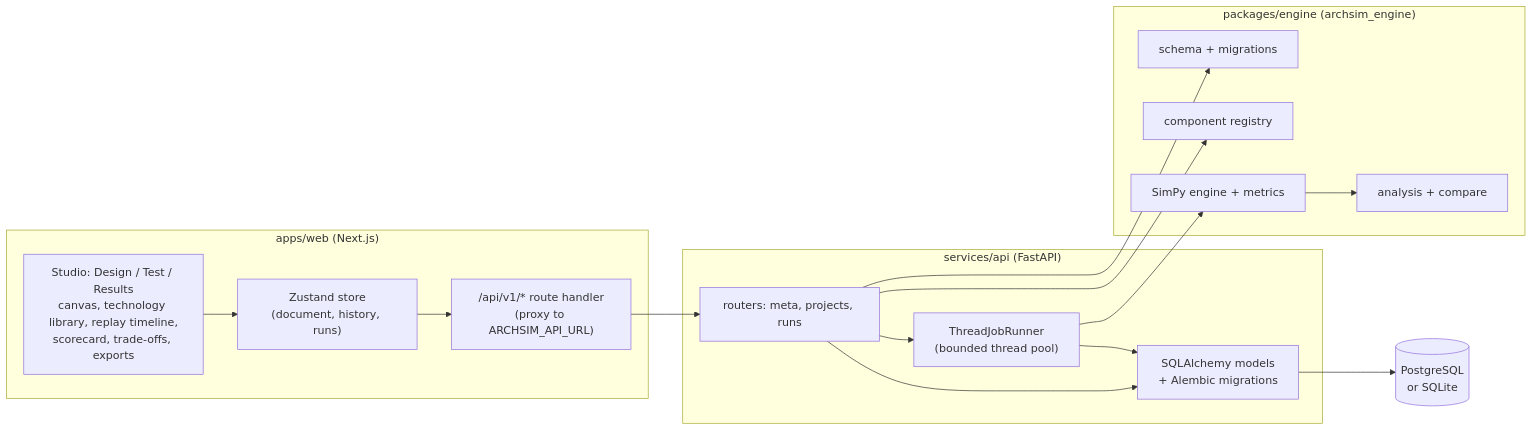
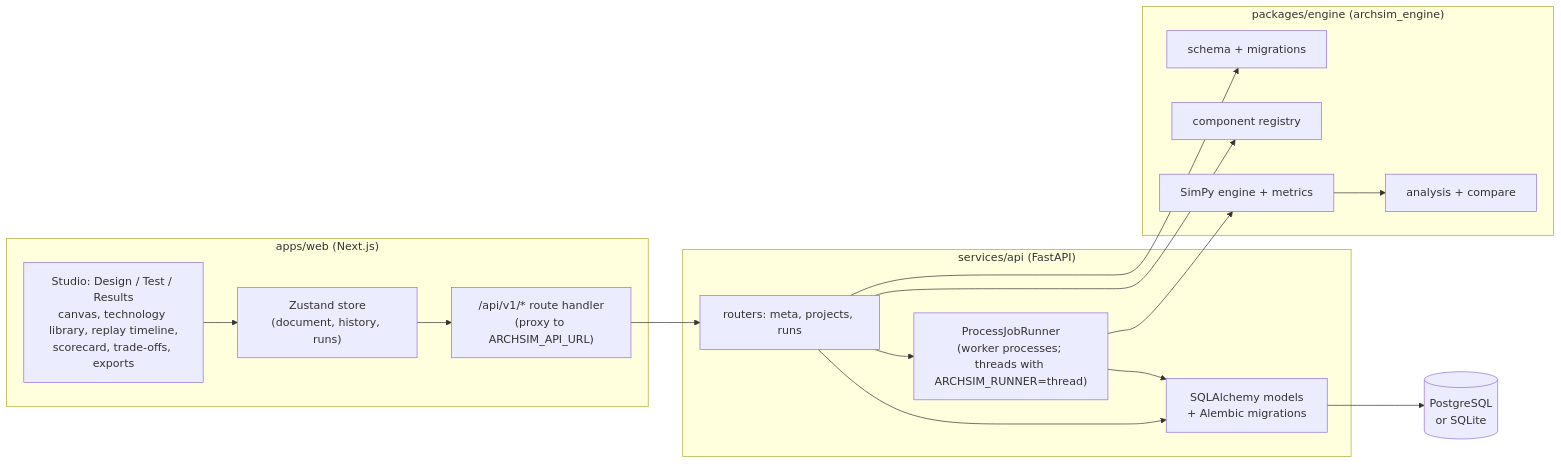
The first of 2 diagrams in docs/architecture.md (dante0747/archsim), drawn with Mermaid before and after one commit. The commit also changed other lines of this file and 28 other files, not shown here.

First line of the commit message:
feat(engine): run in worker processes with parallel sweeps and a sampled mode (phase 8)

````diff
--- a/docs/architecture.md
+++ b/docs/architecture.md
@@ -6,27 +6,27 @@
 ```mermaid
 flowchart LR
   subgraph web["apps/web (Next.js)"]
     UI["Studio: Design / Test / Results<br/>canvas, technology library, replay timeline,<br/>scorecard, trade-offs, exports"]
     Store["Zustand store<br/>(document, history, runs)"]
     Proxy["/api/v1/* route handler<br/>(proxy to ARCHSIM_API_URL)"]
   end
   subgraph api["services/api (FastAPI)"]
     Routers["routers: meta, projects, runs"]
-    Jobs["ThreadJobRunner<br/>(bounded thread pool)"]
+    Jobs["ProcessJobRunner<br/>(worker processes; threads with ARCHSIM_RUNNER=thread)"]
     ORM["SQLAlchemy models<br/>+ Alembic migrations"]
   end
   subgraph engine["packages/engine (archsim_engine)"]
     Schema["schema + migrations"]
     Registry["component registry"]
     Sim["SimPy engine + metrics"]
     Analysis["analysis + compare"]
   end
   DB[("PostgreSQL<br/>or SQLite")]
   UI --> Store --> Proxy --> Routers
   Routers --> Jobs --> Sim
   Routers --> Schema
   Routers --> Registry
   Routers --> ORM --> DB
   Jobs --> ORM
   Sim --> Analysis
 ```
````
